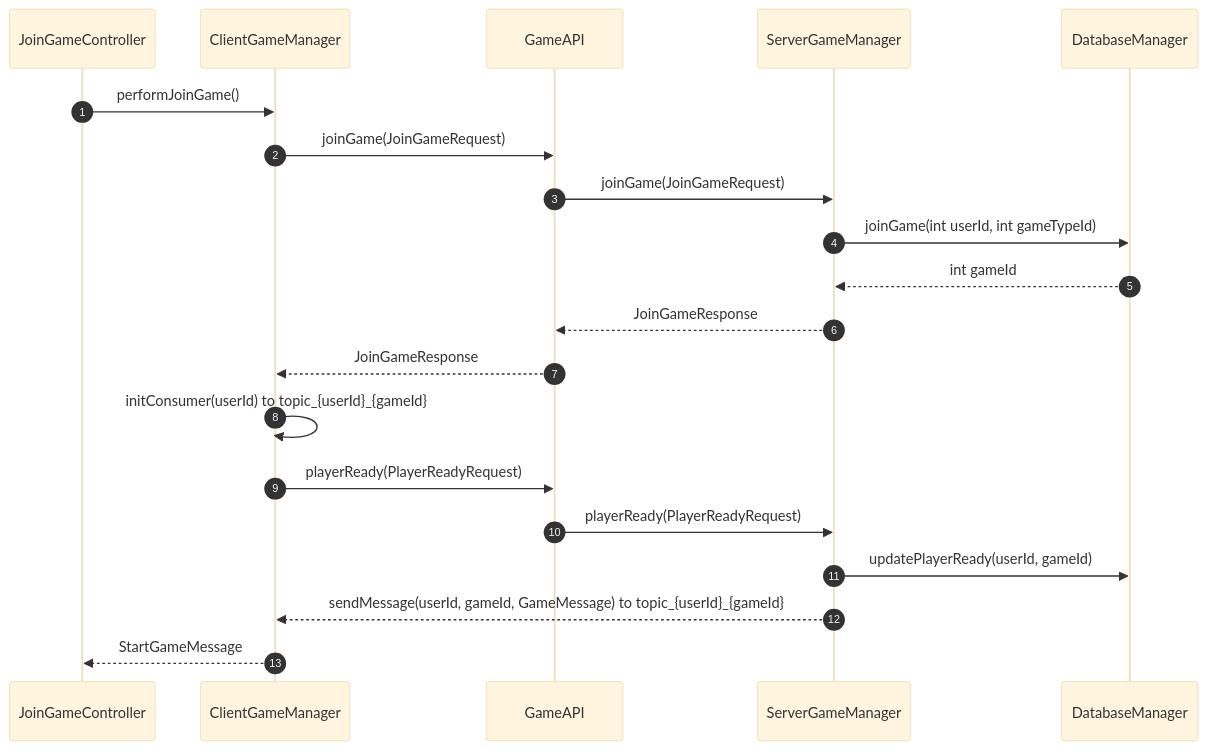
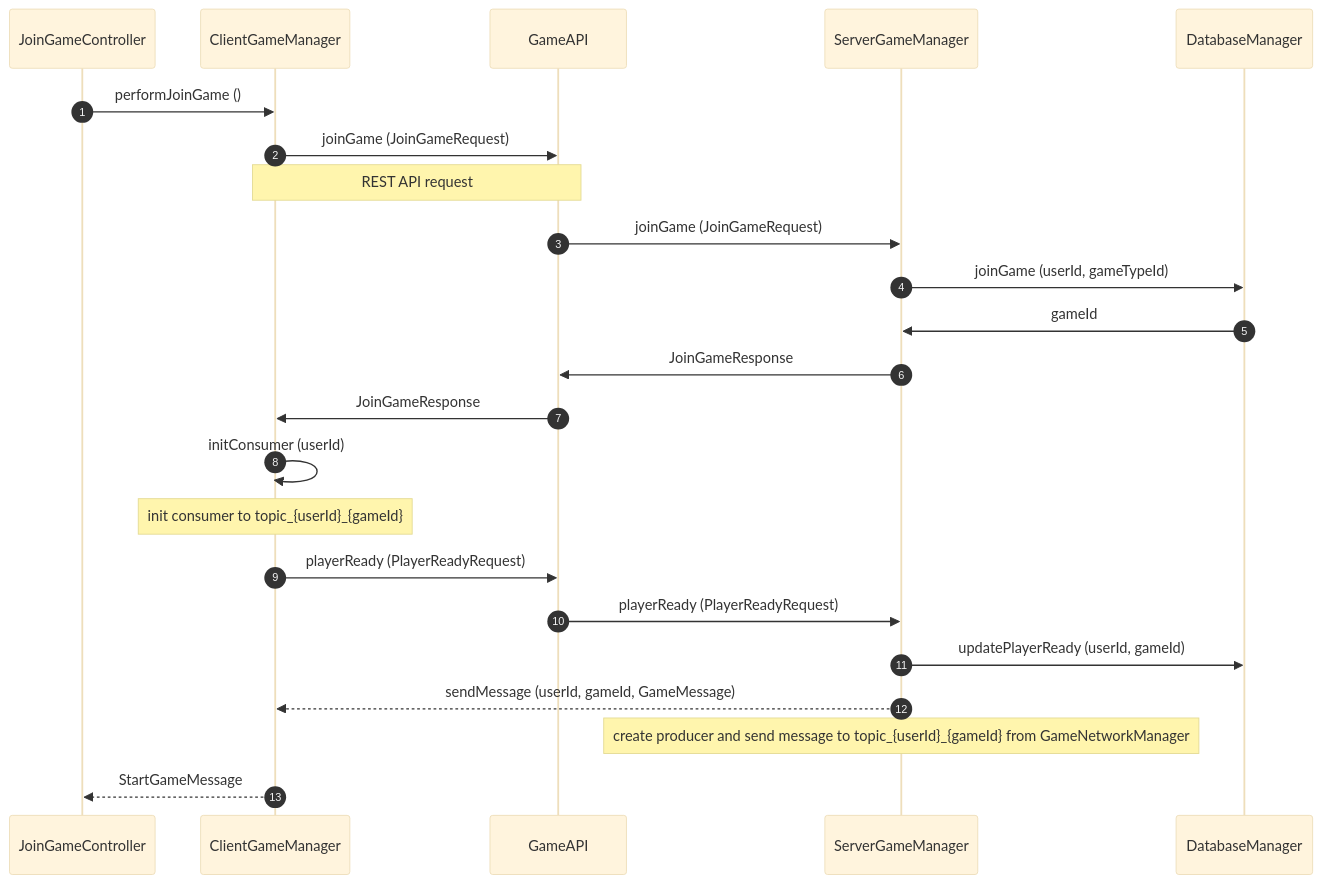
The diagram in README.md (alice-ruv/board-games), drawn with Mermaid (base theme) before and after one commit.

````diff
--- a/README.md
+++ b/README.md
@@ -120,17 +120,20 @@
 ```mermaid 
 sequenceDiagram
 autonumber
-JoinGameController ->> ClientGameManager: performJoinGame()
-ClientGameManager ->> GameAPI: joinGame(JoinGameRequest)
-GameAPI ->> ServerGameManager: joinGame(JoinGameRequest)
-ServerGameManager ->> DatabaseManager: joinGame(int userId, int gameTypeId)
-DatabaseManager -->> ServerGameManager: int gameId
-ServerGameManager -->> GameAPI: JoinGameResponse
-GameAPI -->> ClientGameManager: JoinGameResponse
-ClientGameManager ->> ClientGameManager: initConsumer(userId) to topic_{userId}_{gameId}
-ClientGameManager ->> GameAPI: playerReady(PlayerReadyRequest)
-GameAPI ->> ServerGameManager: playerReady(PlayerReadyRequest)
-ServerGameManager ->> DatabaseManager: updatePlayerReady(userId, gameId)
-ServerGameManager -->> ClientGameManager: sendMessage(userId, gameId, GameMessage) to topic_{userId}_{gameId}
+JoinGameController ->> ClientGameManager: performJoinGame ()
+ClientGameManager ->> GameAPI: joinGame (JoinGameRequest)
+note over ClientGameManager, GameAPI: REST API request
+GameAPI ->> ServerGameManager: joinGame (JoinGameRequest)
+ServerGameManager ->> DatabaseManager: joinGame (userId, gameTypeId)
+DatabaseManager ->> ServerGameManager: gameId
+ServerGameManager ->> GameAPI: JoinGameResponse
+GameAPI ->> ClientGameManager: JoinGameResponse
+ClientGameManager ->> ClientGameManager: initConsumer (userId) 
+note over ClientGameManager: init consumer to topic_{userId}_{gameId}
+ClientGameManager ->> GameAPI: playerReady (PlayerReadyRequest)
+GameAPI ->> ServerGameManager: playerReady (PlayerReadyRequest)
+ServerGameManager ->> DatabaseManager: updatePlayerReady (userId, gameId)
+ServerGameManager -->> ClientGameManager: sendMessage (userId, gameId, GameMessage)
+note over ServerGameManager: create producer and send message to topic_{userId}_{gameId} from GameNetworkManager
 ClientGameManager -->> JoinGameController: StartGameMessage
 ```
````
